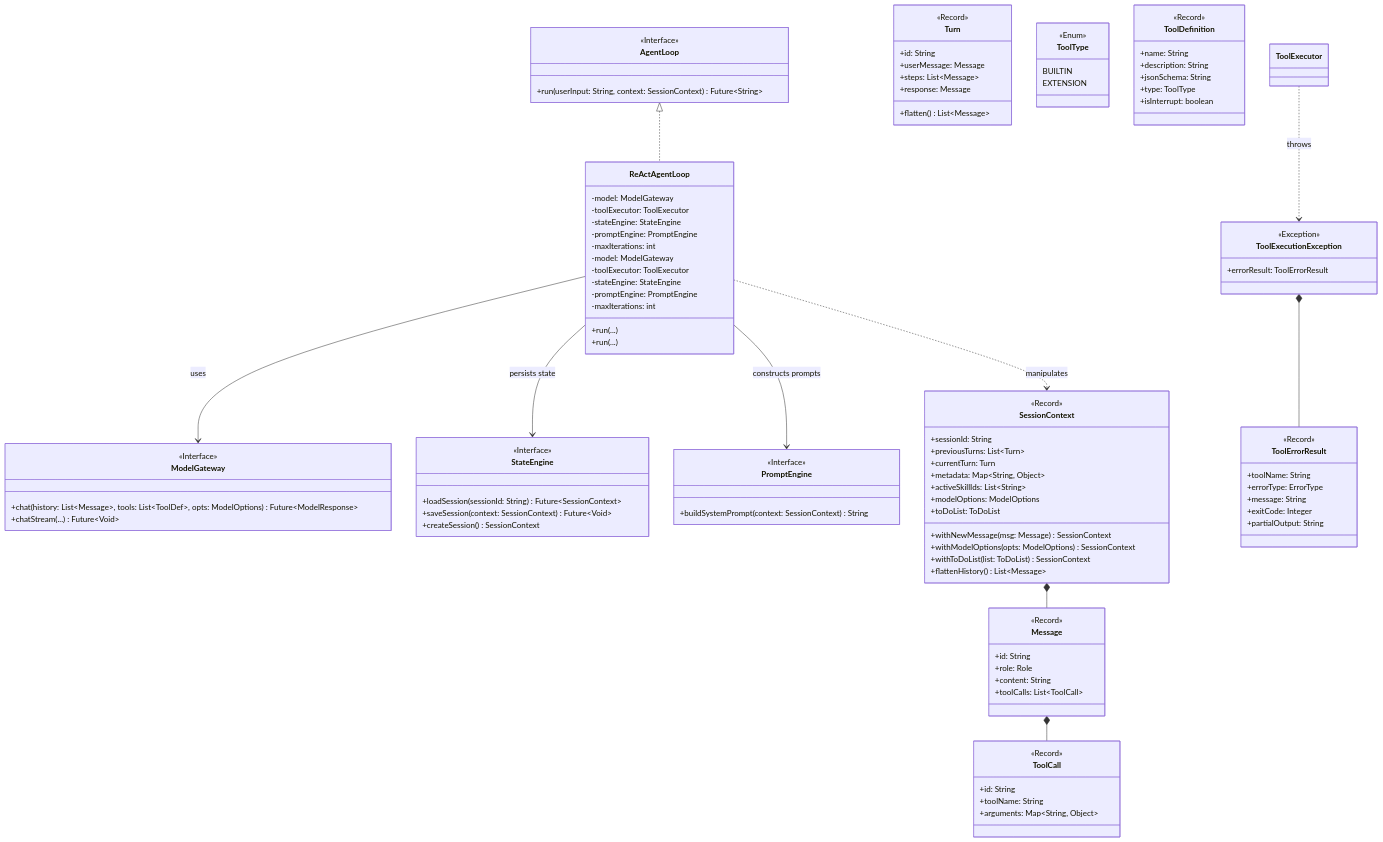
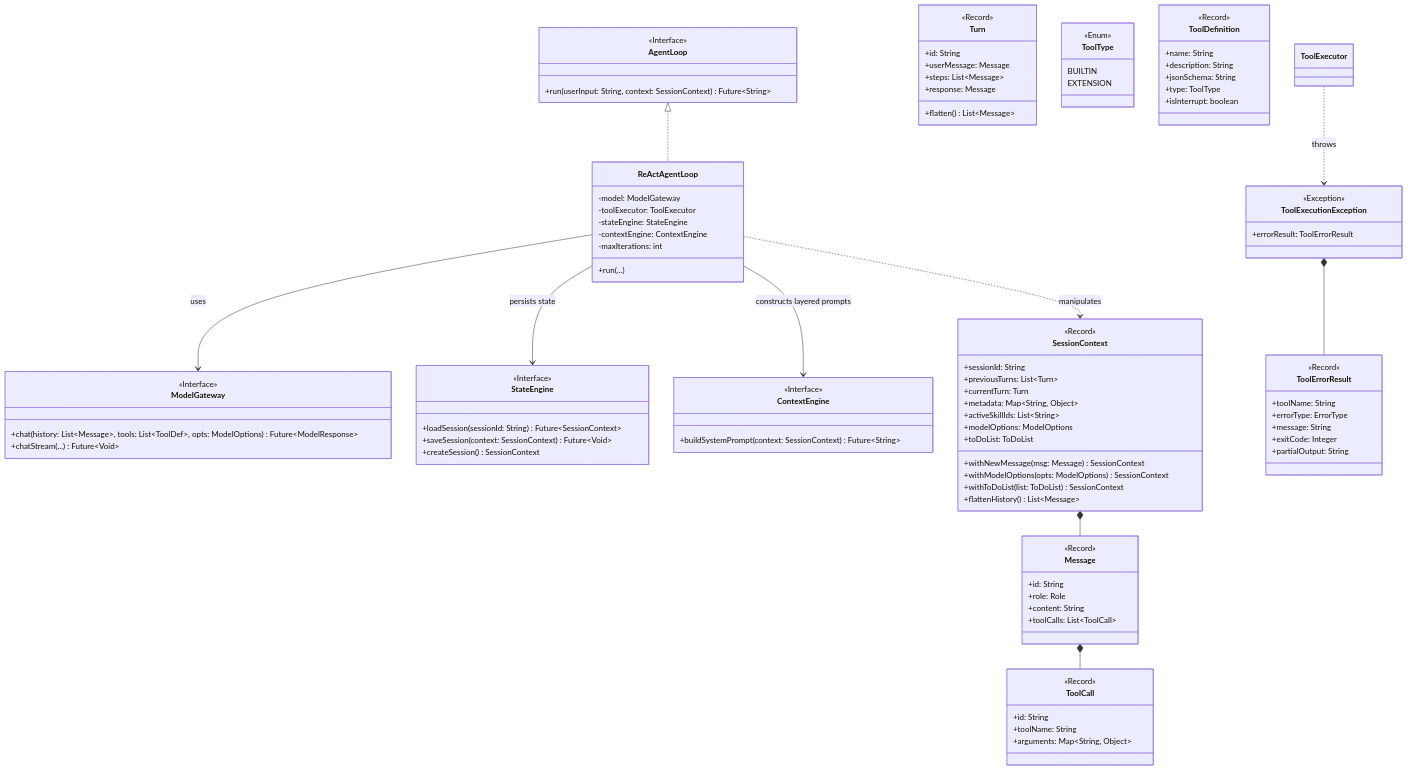
Before and after one commit to stream-iori/ganglia: the first of 3 diagrams in docs/CORE_KERNEL_DESIGN.md, drawn with Mermaid. The commit also changed other lines of this file and 110 other files, not shown here.

First line of the commit message:
refactor: restructure into multi-module project and implement ContextEngine (Phase 13)

```diff
--- a/docs/CORE_KERNEL_DESIGN.md
+++ b/docs/CORE_KERNEL_DESIGN.md
@@ -21,7 +21,7 @@
         -model: ModelGateway
         -toolExecutor: ToolExecutor
         -stateEngine: StateEngine
-        -promptEngine: PromptEngine
+        -contextEngine: ContextEngine
         -maxIterations: int
         +run(...)
     }
@@ -41,9 +41,9 @@
         +createSession() SessionContext
     }
     
-    class PromptEngine {
+    class ContextEngine {
         <<Interface>>
-        +buildSystemPrompt(context: SessionContext) String
+        +buildSystemPrompt(context: SessionContext) Future~String~
     }
     
     class SessionContext {
@@ -68,15 +68,6 @@
         +steps: List~Message~
         +response: Message
         +flatten() List~Message~
-    }
-    
-    class ReActAgentLoop {
-        -model: ModelGateway
-        -toolExecutor: ToolExecutor
-        -stateEngine: StateEngine
-        -promptEngine: PromptEngine
-        -maxIterations: int
-        +run(...)
     }
     
     class Message {
@@ -128,7 +119,7 @@
 
     ReActAgentLoop --> ModelGateway : uses
     ReActAgentLoop --> StateEngine : persists state
-    ReActAgentLoop --> PromptEngine : constructs prompts
+    ReActAgentLoop --> ContextEngine : constructs layered prompts
     ReActAgentLoop ..> SessionContext : manipulates
     SessionContext *-- Message
     Message *-- ToolCall
```
